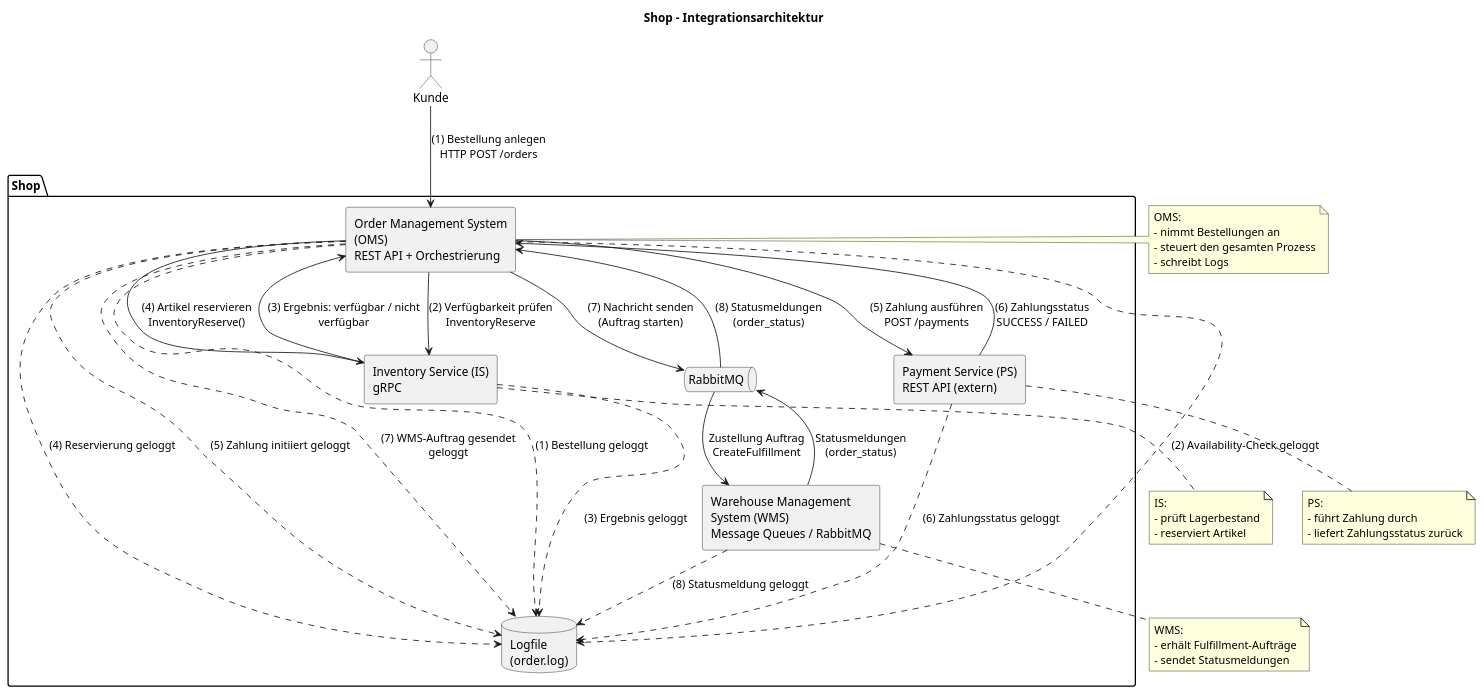
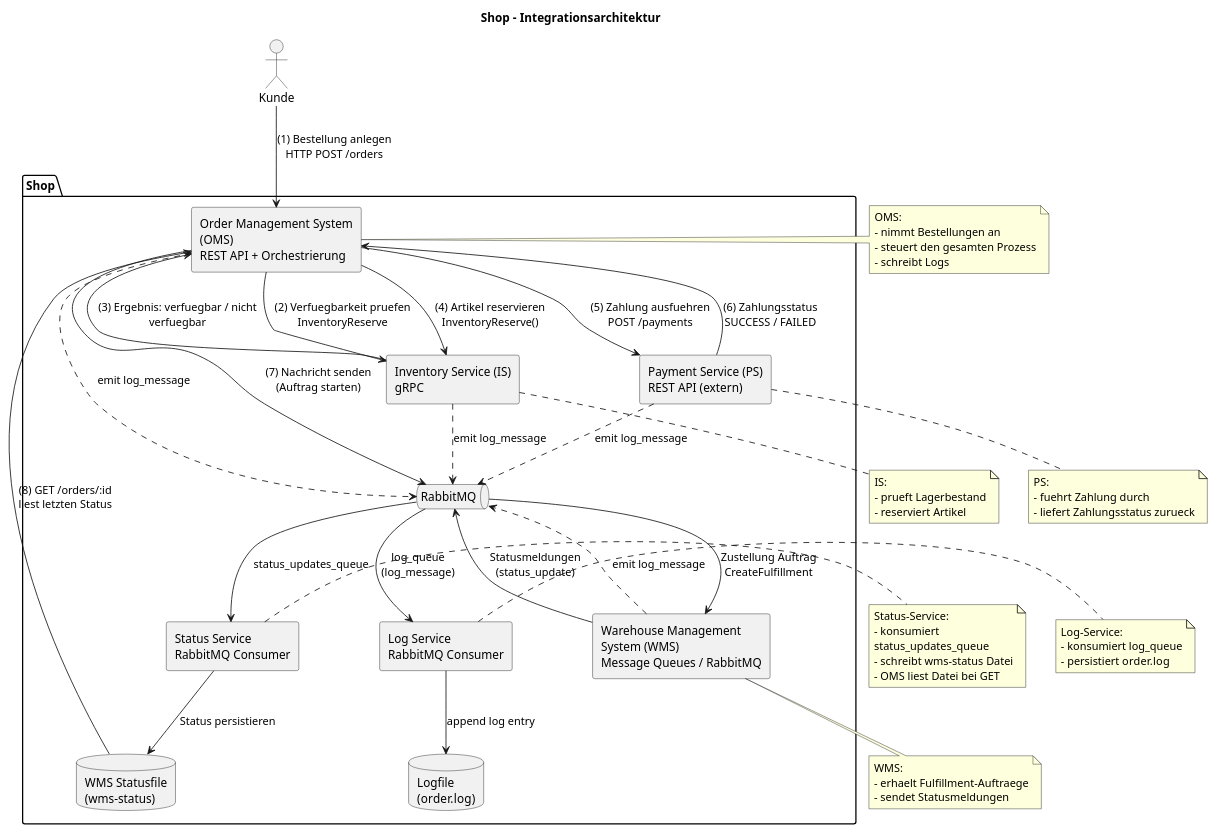
The diagram in architecture.puml (lini1014/shop), drawn with PlantUML before and after one commit. The commit also changed 1 other file, not shown here.

```diff
--- a/architecture.puml
+++ b/architecture.puml
@@ -1,67 +1,83 @@
 @startuml
-title Shop – Integrationsarchitektur 
+title Shop - Integrationsarchitektur 
 
 skinparam componentStyle rectangle
 skinparam wrapWidth 200
 skinparam maxMessageSize 200
 
 actor "Kunde" as Kunde
 
 package "Shop" {
   [Order Management System (OMS)\nREST API + Orchestrierung] as OMS
   [Inventory Service (IS)\ngRPC] as IS
   [Payment Service (PS)\nREST API (extern)] as PS
   [Warehouse Management System (WMS)\nMessage Queues / RabbitMQ] as WMS
+  [Log Service\nRabbitMQ Consumer] as LOGSVC
+  [Status Service\nRabbitMQ Consumer] as STATUS
   queue "RabbitMQ" as MQ
   database "Logfile\n(order.log)" as LOG
+  database "WMS Statusfile\n(wms-status)" as WMSFILE
 }
 
-' --- Notizen zu den Komponenten (wie im Bild) ---
+' --- Notizen zu den Komponenten ---
 note right of OMS
 OMS:
 - nimmt Bestellungen an
 - steuert den gesamten Prozess
 - schreibt Logs
 end note
 
 note bottom of IS
 IS:
-- prüft Lagerbestand
+- prueft Lagerbestand
 - reserviert Artikel
 end note
 
 note bottom of PS
 PS:
-- führt Zahlung durch
-- liefert Zahlungsstatus zurück
+- fuehrt Zahlung durch
+- liefert Zahlungsstatus zurueck
 end note
 
 note bottom of WMS
 WMS:
-- erhält Fulfillment-Aufträge
+- erhaelt Fulfillment-Auftraege
 - sendet Statusmeldungen
+end note
+
+note right of LOGSVC
+Log-Service:
+- konsumiert log_queue
+- persistiert order.log
+end note
+
+note right of STATUS
+Status-Service:
+- konsumiert status_updates_queue
+- schreibt wms-status Datei
+- OMS liest Datei bei GET
 end note
 
 ' --- Prozessfluss (1) bis (8) ---
 Kunde --> OMS : (1) Bestellung anlegen\nHTTP POST /orders
-OMS --> IS    : (2) Verfügbarkeit prüfen\nInventoryReserve
-IS  --> OMS   : (3) Ergebnis: verfügbar / nicht verfügbar
+OMS --> IS    : (2) Verfuegbarkeit pruefen\nInventoryReserve
+IS  --> OMS   : (3) Ergebnis: verfuegbar / nicht verfuegbar
 OMS --> IS    : (4) Artikel reservieren\nInventoryReserve()
-OMS --> PS    : (5) Zahlung ausführen\nPOST /payments
+OMS --> PS    : (5) Zahlung ausfuehren\nPOST /payments
 PS  --> OMS   : (6) Zahlungsstatus\nSUCCESS / FAILED
 OMS --> MQ    : (7) Nachricht senden\n(Auftrag starten)
 MQ  --> WMS   : Zustellung Auftrag \nCreateFulfillment
-WMS --> MQ    : Statusmeldungen\n(order_status)
-MQ  --> OMS   : (8) Statusmeldungen\n(order_status)
+WMS --> MQ    : Statusmeldungen\n(status_update)
+MQ  --> STATUS : status_updates_queue
+STATUS --> WMSFILE : Status persistieren
+WMSFILE --> OMS : (8) GET /orders/:id\nliest letzten Status
 
-' --- Logging NACH JEDEM SCHRITT ---
-OMS ..> LOG : (1) Bestellung geloggt
-OMS ..> LOG : (2) Availability-Check geloggt
-IS  ..> LOG : (3) Ergebnis geloggt
-OMS ..> LOG : (4) Reservierung geloggt
-OMS ..> LOG : (5) Zahlung initiiert geloggt
-PS  ..> LOG : (6) Zahlungsstatus geloggt
-OMS ..> LOG : (7) WMS-Auftrag gesendet geloggt
-WMS ..> LOG : (8) Statusmeldung geloggt
+' --- Logging ---
+OMS ..> MQ : emit log_message
+IS  ..> MQ : emit log_message
+PS  ..> MQ : emit log_message
+WMS ..> MQ : emit log_message
+MQ  --> LOGSVC : log_queue\n(log_message)
+LOGSVC --> LOG : append log entry
 
 @enduml
```
